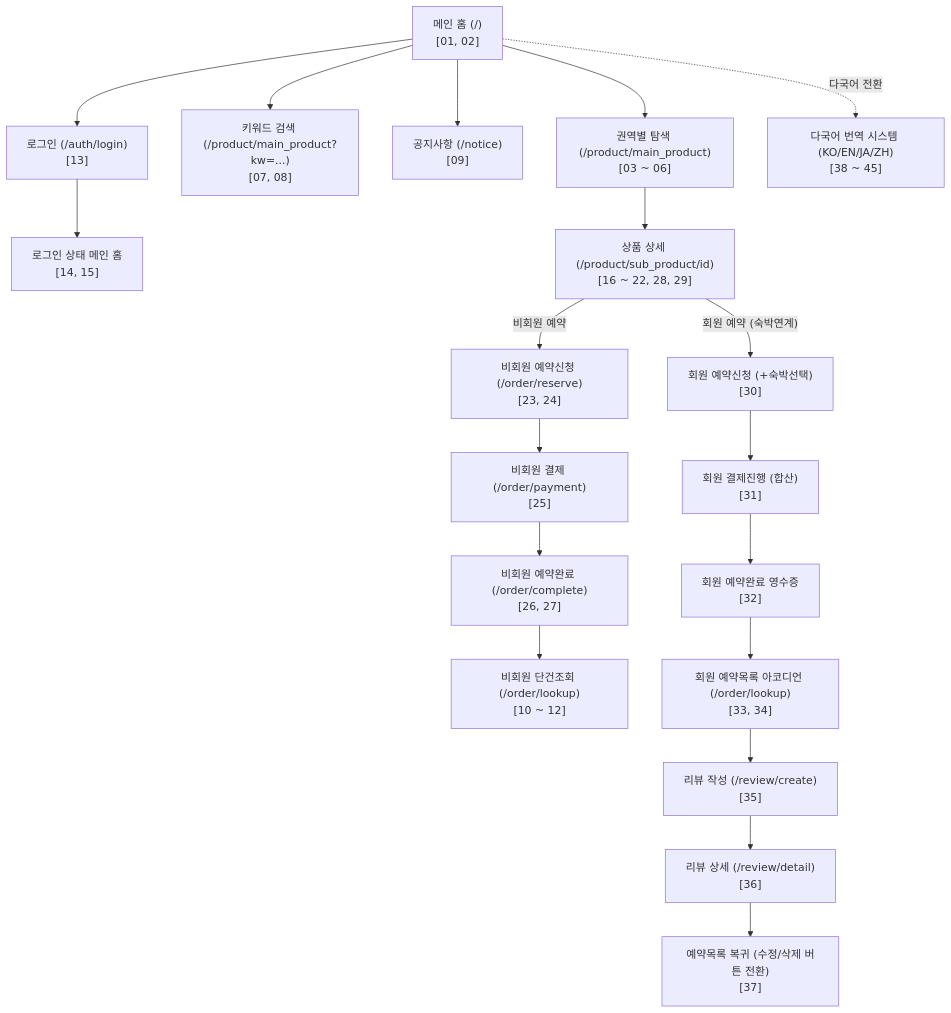
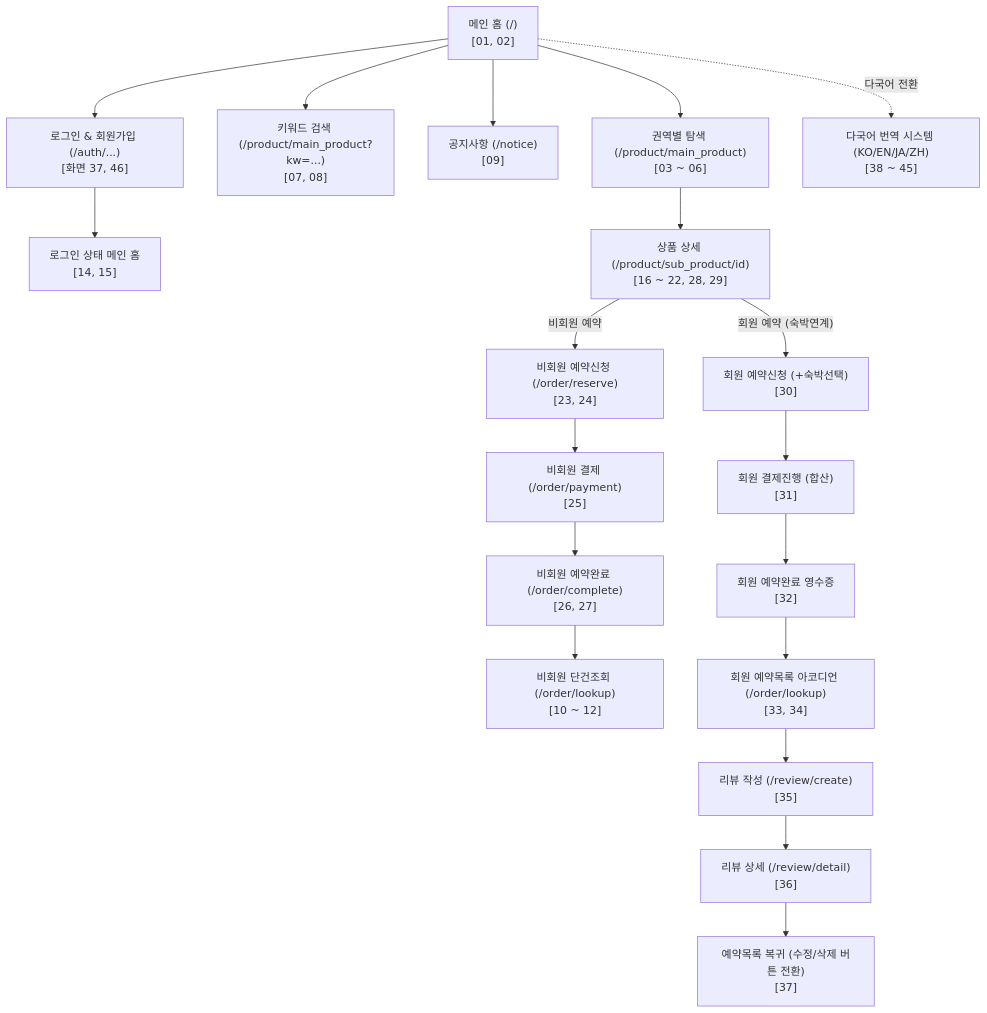
Before and after one commit to div-flask-project/div-flask: the diagram in SCREEN_FUNCTION_GUIDE.md, drawn with Mermaid. The commit also changed other lines of this file and 1 other file, not shown here.

````diff
--- a/SCREEN_FUNCTION_GUIDE.md
+++ b/SCREEN_FUNCTION_GUIDE.md
@@ -65,26 +66,26 @@
 ```mermaid
 flowchart TD
     A["메인 홈 (/)<br>[01, 02]"] --> B["권역별 탐색 (/product/main_product)<br>[03 ~ 06]"]
     A --> C["키워드 검색 (/product/main_product?kw=...)<br>[07, 08]"]
     A --> D["공지사항 (/notice)<br>[09]"]
-    A --> E["로그인 (/auth/login)<br>[13]"]
+    A --> E["로그인 & 회원가입 (/auth/...)<br>[화면 37, 46]"]
     
     E --> F["로그인 상태 메인 홈<br>[14, 15]"]
     B --> G["상품 상세 (/product/sub_product/id)<br>[16 ~ 22, 28, 29]"]
     
     G -- "비회원 예약" --> H["비회원 예약신청 (/order/reserve)<br>[23, 24]"]
     H --> I["비회원 결제 (/order/payment)<br>[25]"]
     I --> J["비회원 예약완료 (/order/complete)<br>[26, 27]"]
     J --> K["비회원 단건조회 (/order/lookup)<br>[10 ~ 12]"]
 
     G -- "회원 예약 (숙박연계)" --> L["회원 예약신청 (+숙박선택)<br>[30]"]
     L --> M["회원 결제진행 (합산)<br>[31]"]
     M --> N["회원 예약완료 영수증<br>[32]"]
     N --> O["회원 예약목록 아코디언 (/order/lookup)<br>[33, 34]"]
     
     O --> P["리뷰 작성 (/review/create)<br>[35]"]
     P --> Q["리뷰 상세 (/review/detail)<br>[36]"]
     Q --> R["예약목록 복귀 (수정/삭제 버튼 전환)<br>[37]"]
 
     A -. "다국어 전환" .-> S["다국어 번역 시스템 (KO/EN/JA/ZH)<br>[38 ~ 45]"]
 ```
````
